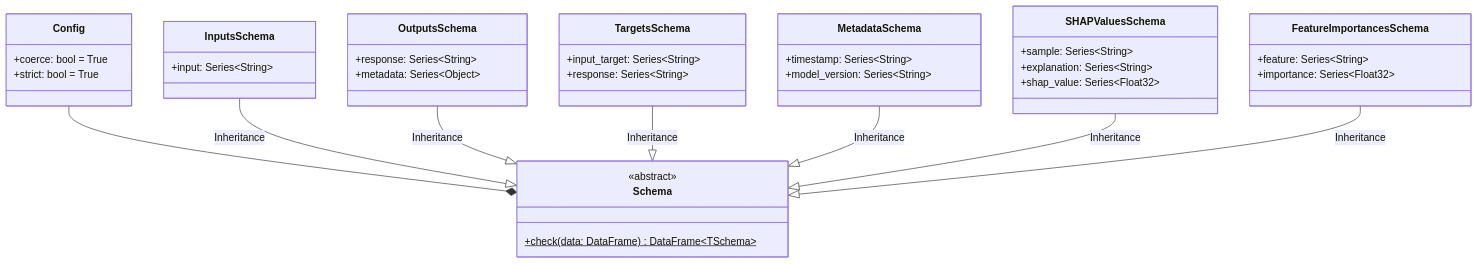
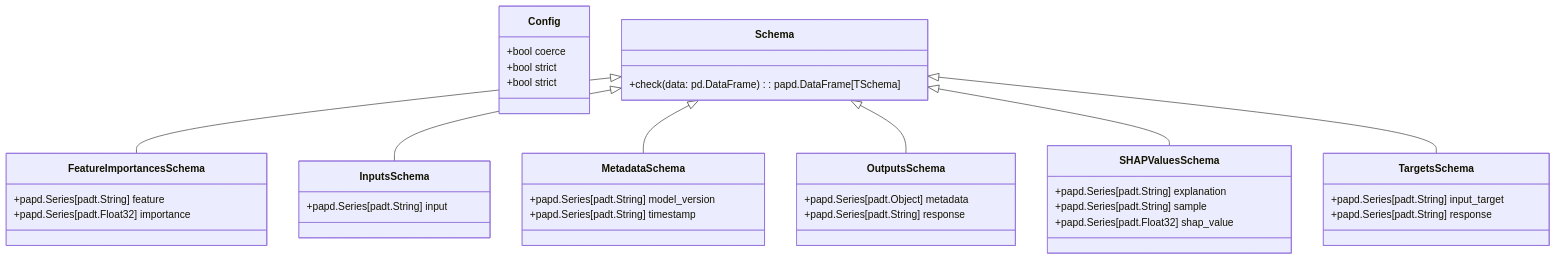
One commit to lgcorzo/llmops-python-package changed the diagram in openwiki/modules/core/schemas.md. Above: the diagram before and after it, drawn with Mermaid. The commit also changed other lines of this file and 55 other files, not shown here.

````diff
--- a/openwiki/modules/core/schemas.md
+++ b/openwiki/modules/core/schemas.md
@@ -26,44 +49,43 @@
 ```mermaid
 classDiagram
-    direction BT
-    class Schema {
-        <<abstract>>
-        +check(data: DataFrame)$ DataFrame~TSchema~
+    class Config {
+        +bool coerce
+        +bool strict
     }
     class Config {
-        +coerce: bool = True
-        +strict: bool = True
+        +bool strict
+    }
+    class FeatureImportancesSchema {
+        +papd.Series[padt.String] feature
+        +papd.Series[padt.Float32] importance
     }
     class InputsSchema {
-        +input: Series~String~
+        +papd.Series[padt.String] input
+    }
+    class MetadataSchema {
+        +papd.Series[padt.String] model_version
+        +papd.Series[padt.String] timestamp
     }
     class OutputsSchema {
-        +response: Series~String~
-        +metadata: Series~Object~
+        +papd.Series[padt.Object] metadata
+        +papd.Series[padt.String] response
+    }
+    class SHAPValuesSchema {
+        +papd.Series[padt.String] explanation
+        +papd.Series[padt.String] sample
+        +papd.Series[padt.Float32] shap_value
+    }
+    class Schema {
+        +check(data: pd.DataFrame): papd.DataFrame[TSchema]
     }
     class TargetsSchema {
-        +input_target: Series~String~
-        +response: Series~String~
+        +papd.Series[padt.String] input_target
+        +papd.Series[padt.String] response
     }
-    class MetadataSchema {
-        +timestamp: Series~String~
-        +model_version: Series~String~
-    }
-    class SHAPValuesSchema {
-        +sample: Series~String~
-        +explanation: Series~String~
-        +shap_value: Series~Float32~
-    }
-    class FeatureImportancesSchema {
-        +feature: Series~String~
-        +importance: Series~Float32~
-    }
-
-    Schema *-- Config
-    Schema <|-- InputsSchema : Inheritance
-    Schema <|-- OutputsSchema : Inheritance
-    Schema <|-- TargetsSchema : Inheritance
-    Schema <|-- MetadataSchema : Inheritance
-    Schema <|-- SHAPValuesSchema : Inheritance
-    Schema <|-- FeatureImportancesSchema : Inheritance
+    Schema <|-- FeatureImportancesSchema
+    Schema <|-- InputsSchema
+    Schema <|-- MetadataSchema
+    Schema <|-- OutputsSchema
+    Schema <|-- SHAPValuesSchema
+    Schema <|-- TargetsSchema
 ```
````
